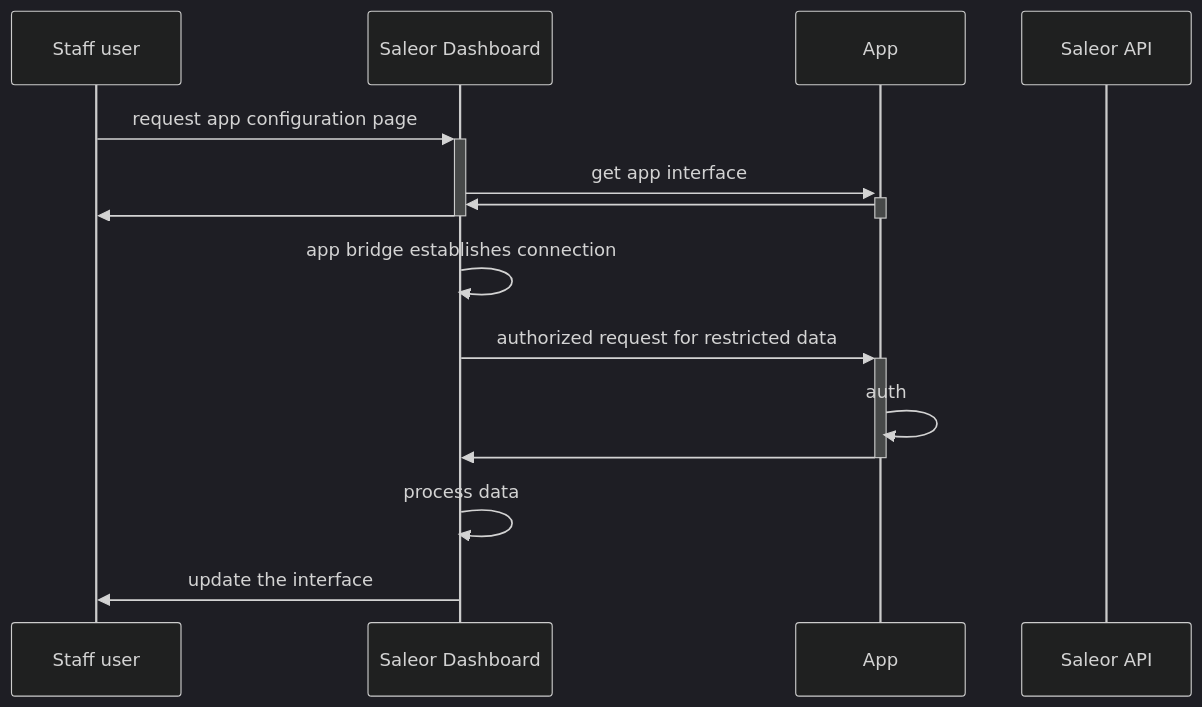
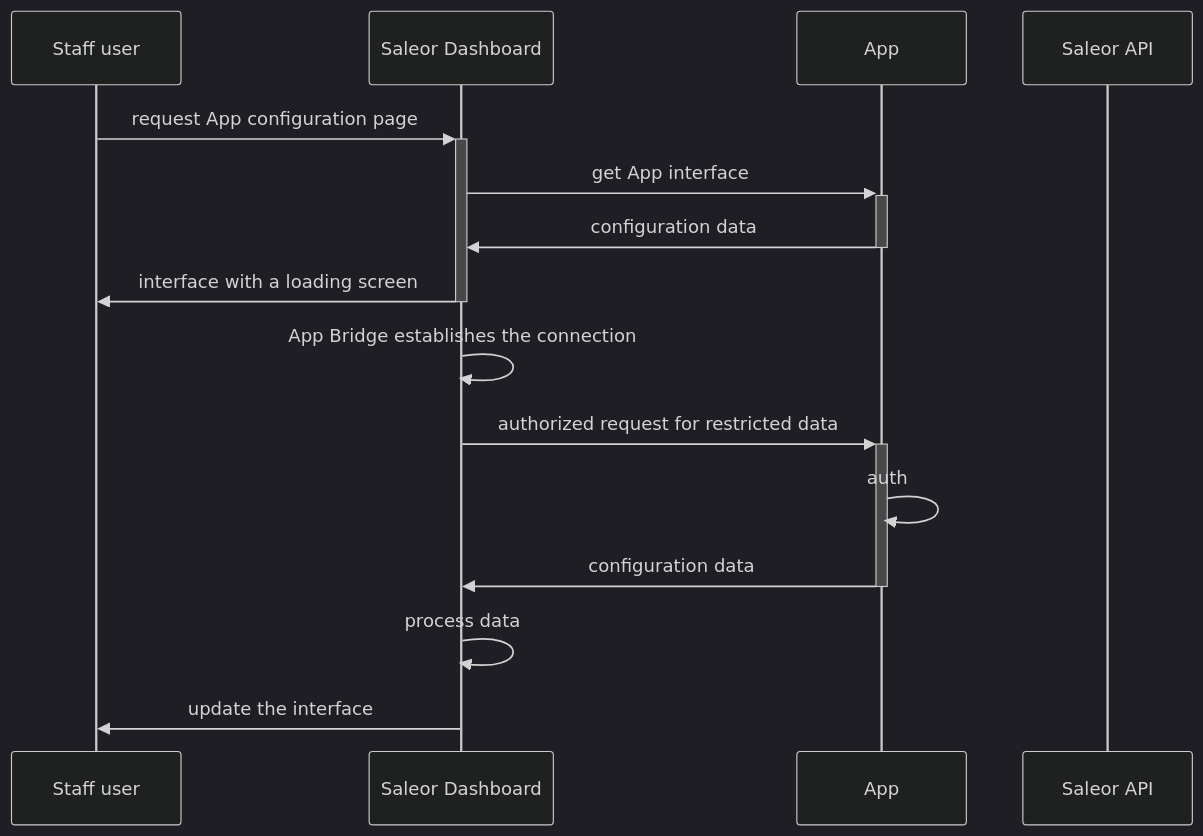
The fifth of 5 diagrams in docs/developer/extending/apps/architecture/communication-between-app-and-saleor.mdx (saleor/saleor-docs), drawn with Mermaid (dark theme) before and after one commit. The commit also changed other lines of this file, not shown here.

Commit message:
Improve app communication docs

````diff
--- a/docs/developer/extending/apps/architecture/communication-between-app-and-saleor.mdx
+++ b/docs/developer/extending/apps/architecture/communication-between-app-and-saleor.mdx
@@ -107,20 +119,20 @@
 ```mermaid
 sequenceDiagram
     participant u as Staff user
     participant d as Saleor Dashboard
     participant a as App
     participant s as Saleor API
 
-    u ->>+ d: request app configuration page
-    d ->>+ a: get app interface
-    a ->>- d:
-    d ->>- u:
+    u ->>+ d: request App configuration page
+    d ->>+ a: get App interface
+    a ->>- d: configuration data
+    d ->>- u: interface with a loading screen
 
-    d ->> d: app bridge establishes connection
+    d ->> d: App Bridge establishes the connection
 
     d ->>+ a: authorized request for restricted data
     a ->> a: auth
-    a ->>- d:
+    a ->>- d: configuration data
     d ->> d: process data
     d ->> u: update the interface
 ```
````
